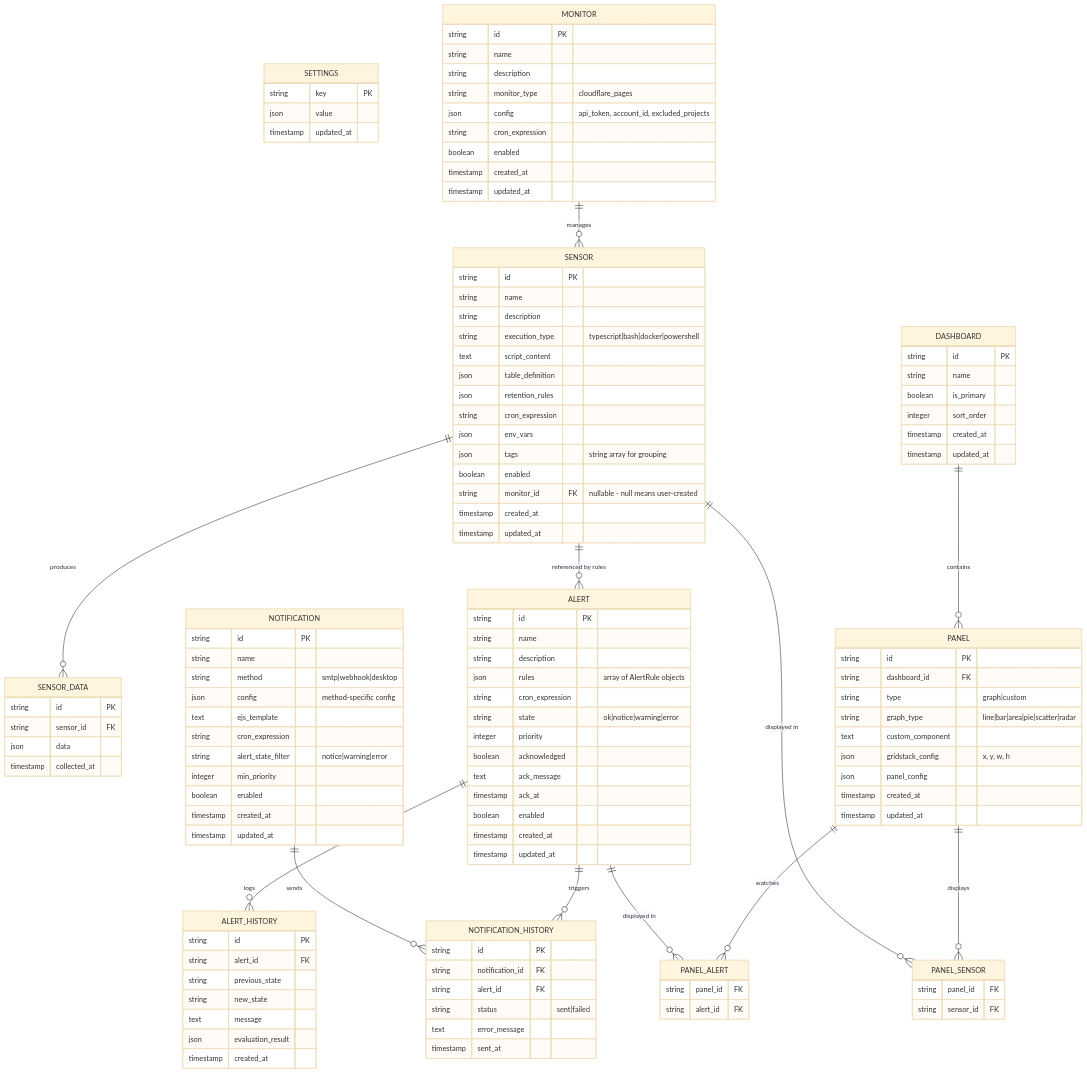
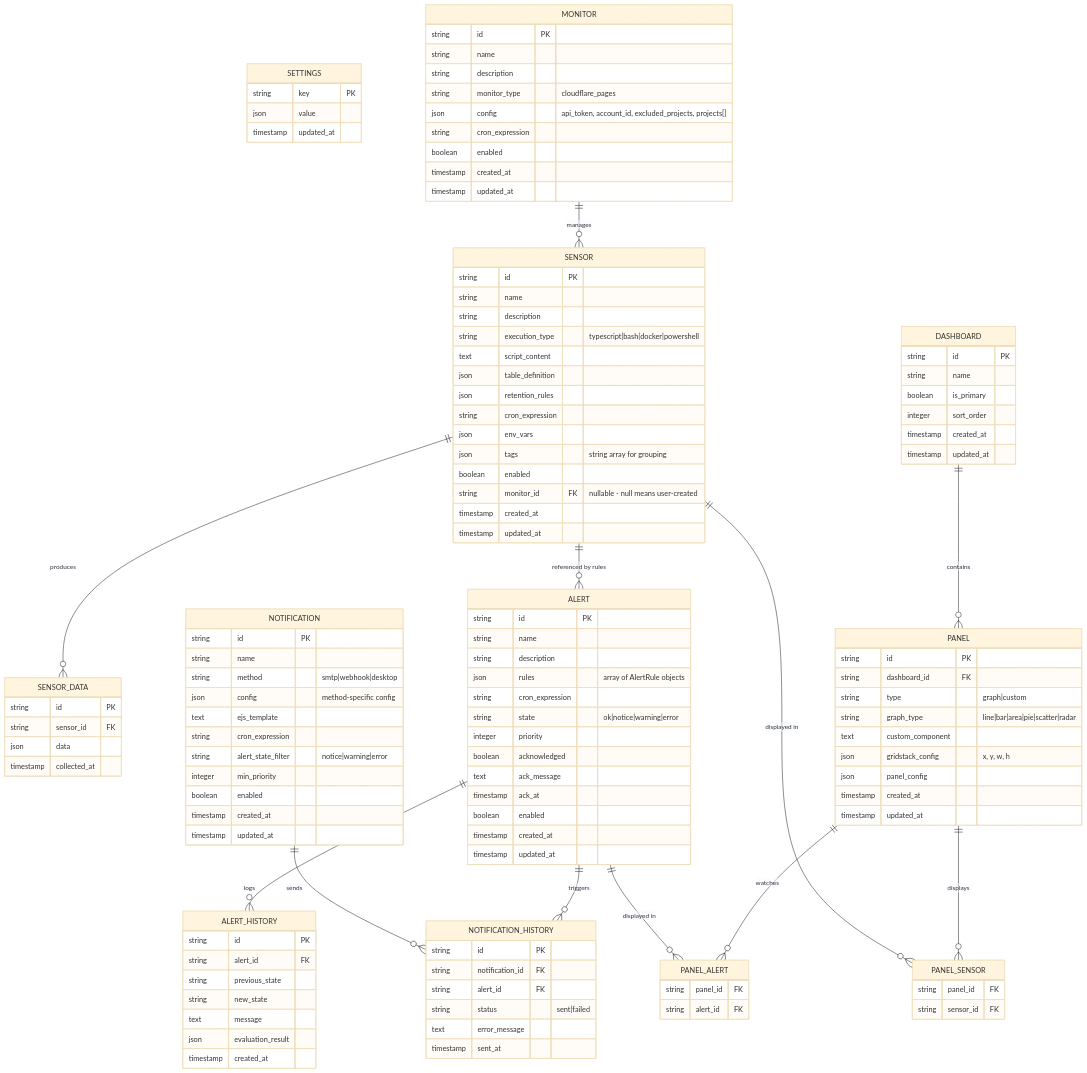
Before and after one commit to Azerothian/dash: the second of 15 diagrams in docs/specification.md, drawn with Mermaid (base theme). The commit also changed other lines of this file and 10 other files, not shown here.

```diff
--- a/docs/specification.md
+++ b/docs/specification.md
@@ -194,7 +194,7 @@
         string name
         string description
         string monitor_type "cloudflare_pages"
-        json config "api_token, account_id, excluded_projects"
+        json config "api_token, account_id, excluded_projects, projects[]"
         string cron_expression
         boolean enabled
         timestamp created_at
```
